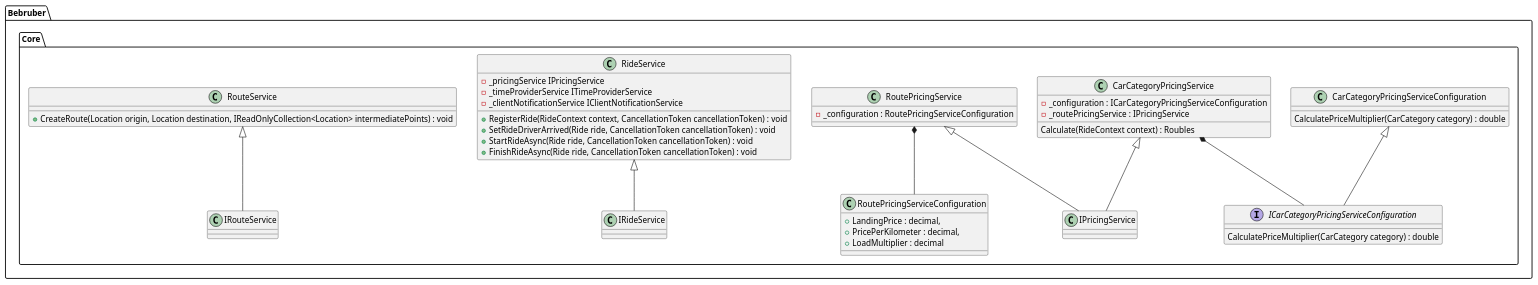
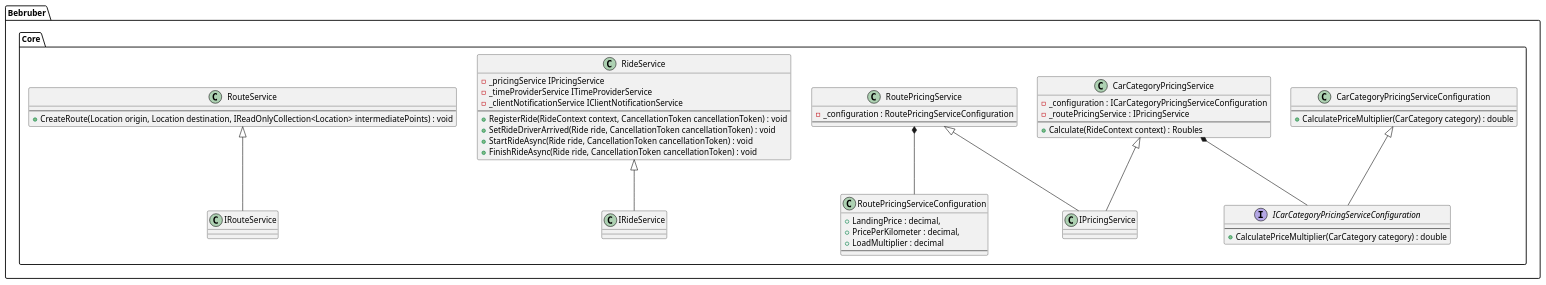
The diagram in docs/Bebruber.Core.puml (is-oop-y24/bebruber), drawn with PlantUML before and after one commit. The commit also changed 4 other files, not shown here.

Commit message:
uml fixes

```diff
--- a/docs/Bebruber.Core.puml
+++ b/docs/Bebruber.Core.puml
@@ -1,62 +1,69 @@
 @startuml Structure
 'https://plantuml.com/class-diagram
 
 package Bebruber.Core
 {
     interface ICarCategoryPricingServiceConfiguration
     {
-        CalculatePriceMultiplier(CarCategory category) : double
+        ---
+        + CalculatePriceMultiplier(CarCategory category) : double
     }
 
     class CarCategoryPricingServiceConfiguration
     {
-        CalculatePriceMultiplier(CarCategory category) : double
+        ---
+        + CalculatePriceMultiplier(CarCategory category) : double
     }
 
     class RoutePricingServiceConfiguration
     {
         +LandingPrice : decimal,
         +PricePerKilometer : decimal,
         +LoadMultiplier : decimal
+        ---
     }
 
     CarCategoryPricingServiceConfiguration <|-- ICarCategoryPricingServiceConfiguration
 
     class CarCategoryPricingService
     {
         -_configuration : ICarCategoryPricingServiceConfiguration
         -_routePricingService : IPricingService
-        Calculate(RideContext context) : Roubles
+        ---
+        +Calculate(RideContext context) : Roubles
     }
 
     class RideService
     {
         -_pricingService IPricingService
         -_timeProviderService ITimeProviderService
         -_clientNotificationService IClientNotificationService
+        ---
         +RegisterRide(RideContext context, CancellationToken cancellationToken) : void
         +SetRideDriverArrived(Ride ride, CancellationToken cancellationToken) : void
         +StartRideAsync(Ride ride, CancellationToken cancellationToken) : void
         +FinishRideAsync(Ride ride, CancellationToken cancellationToken) : void
     }
 
     class RoutePricingService
     {
         -_configuration : RoutePricingServiceConfiguration
+        ---
     }
 
     class RouteService
     {
+        ---
         +CreateRoute(Location origin, Location destination, IReadOnlyCollection<Location> intermediatePoints) : void
     }
 
     CarCategoryPricingService *-- ICarCategoryPricingServiceConfiguration
     RoutePricingService *-- RoutePricingServiceConfiguration
 
     RideService <|-- IRideService 
     RoutePricingService <|-- IPricingService
     CarCategoryPricingService <|-- IPricingService
     RouteService <|-- IRouteService
 }
 
 @enduml
```
